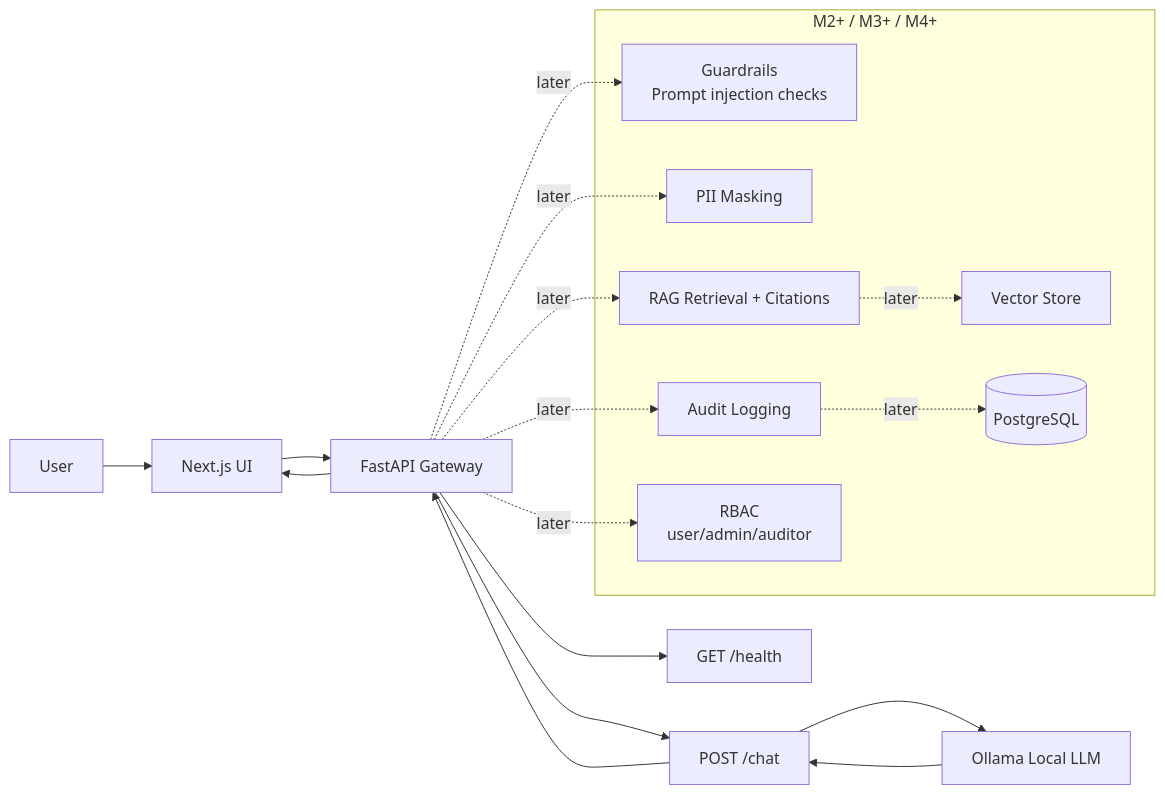
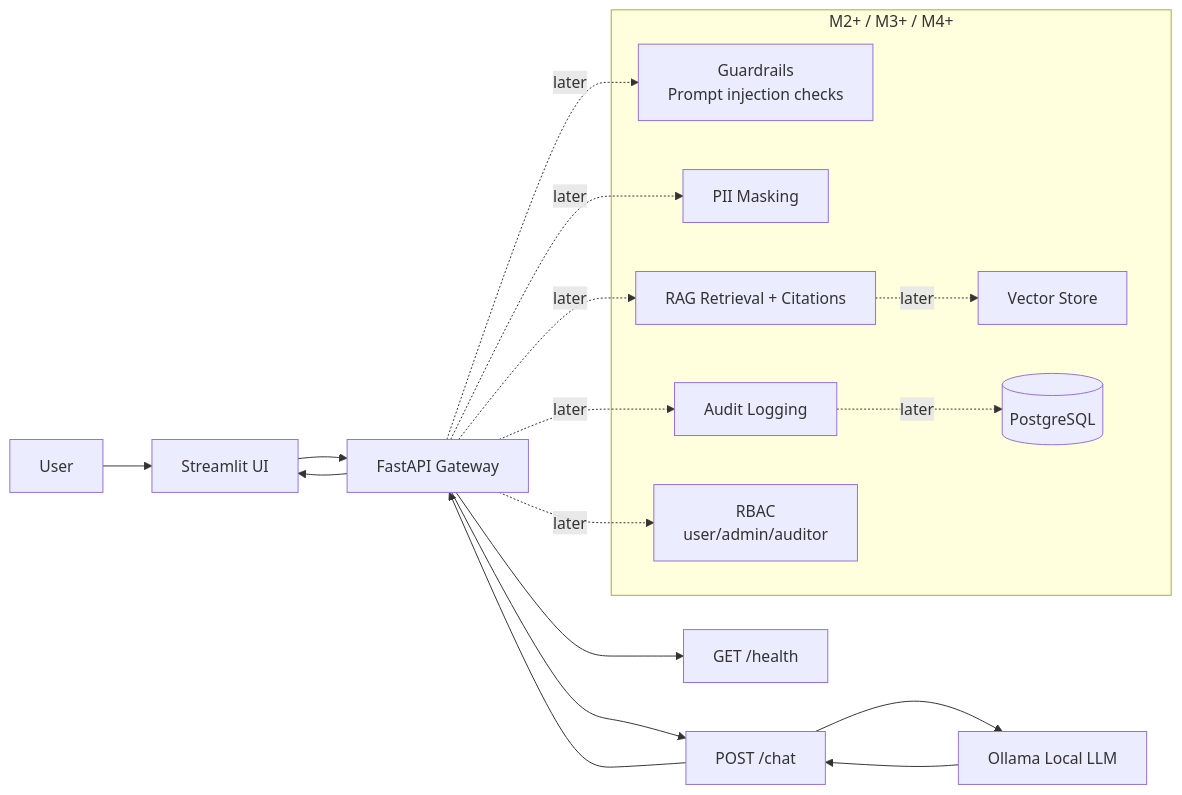
The diagram in README.md (omcs-i-a/closed-llm-platform), drawn with Mermaid before and after one commit. The commit also changed other lines of this file and 22 other files, not shown here.

````diff
--- a/README.md
+++ b/README.md
@@ -25,29 +25,29 @@
 ```mermaid
 flowchart LR
-  User[User] --> UI[Next.js UI]
+  User[User] --> UI[Streamlit UI]
   UI --> API[FastAPI Gateway]
   API --> Health[GET /health]
   API --> Chat[POST /chat]
   Chat --> Ollama[Ollama Local LLM]
   Ollama --> Chat
   Chat --> API
   API --> UI
 
   subgraph Future[M2+ / M3+ / M4+]
     Guardrails[Guardrails\nPrompt injection checks]
     PIIMasking[PII Masking]
     AuditLog[Audit Logging]
     RAG[RAG Retrieval + Citations]
     RBAC[RBAC\nuser/admin/auditor]
     VectorStore[Vector Store]
     Postgres[(PostgreSQL)]
   end
 
   API -. later .-> RBAC
   API -. later .-> Guardrails
   API -. later .-> PIIMasking
   API -. later .-> RAG
   API -. later .-> AuditLog
   RAG -. later .-> VectorStore
   AuditLog -. later .-> Postgres
 ```
````
